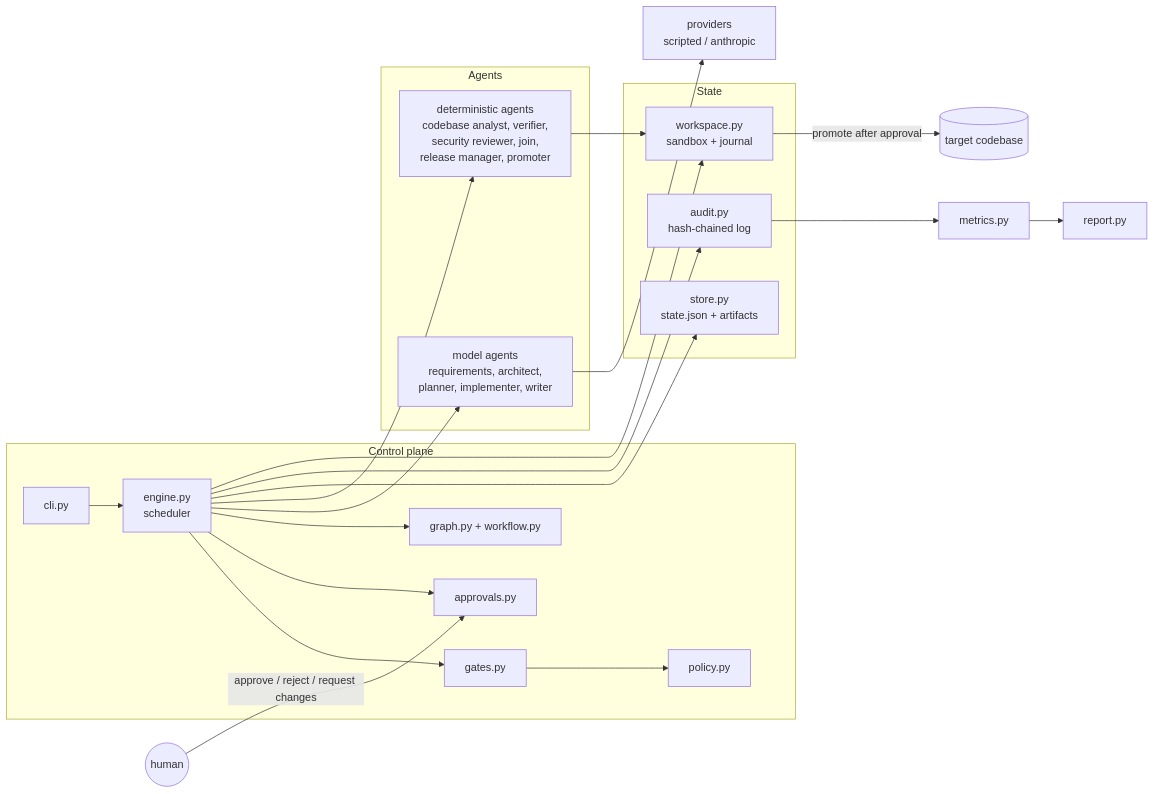
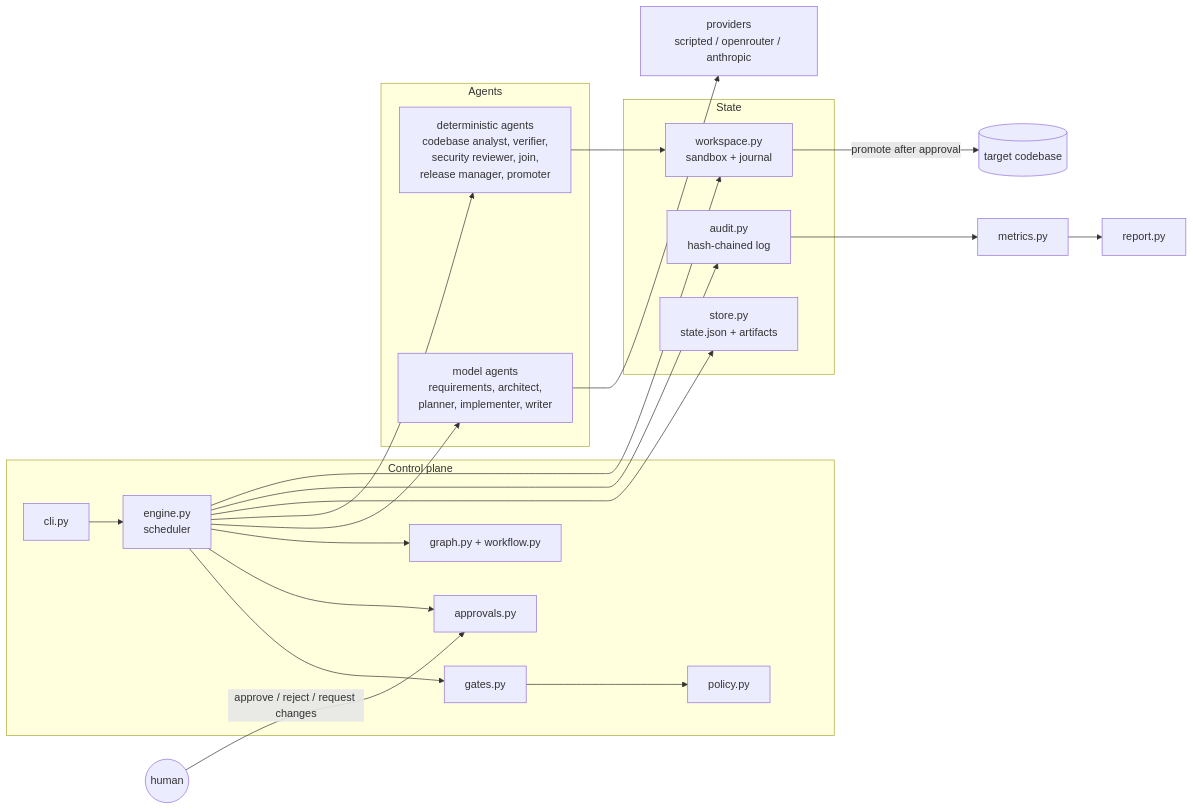
The first of 4 diagrams in docs/ARCHITECTURE.md (1Manisundar/charles), drawn with Mermaid before and after one commit. The commit also changed 7 other files, not shown here.

````diff
--- a/docs/ARCHITECTURE.md
+++ b/docs/ARCHITECTURE.md
@@ -17,26 +17,26 @@
 ```mermaid
 flowchart LR
     subgraph Control plane
         CLI[cli.py] --> ENG[engine.py<br/>scheduler]
         ENG --> G[gates.py]
         G --> POL[policy.py]
         ENG --> APP[approvals.py]
         ENG --> GR[graph.py + workflow.py]
     end
     subgraph Agents
         MA[model agents<br/>requirements, architect,<br/>planner, implementer, writer]
         DA[deterministic agents<br/>codebase analyst, verifier,<br/>security reviewer, join,<br/>release manager, promoter]
     end
     subgraph State
         ST[store.py<br/>state.json + artifacts]
         AU[audit.py<br/>hash-chained log]
         WS[workspace.py<br/>sandbox + journal]
     end
     ENG --> MA & DA
-    MA --> PR[providers<br/>scripted / anthropic]
+    MA --> PR[providers<br/>scripted / openrouter / anthropic]
     DA --> WS
     ENG --> ST & AU & WS
     AU --> MET[metrics.py] --> REP[report.py]
     WS -- promote after approval --> TGT[(target codebase)]
     HUM((human)) -- approve / reject / request changes --> APP
 ```
````
